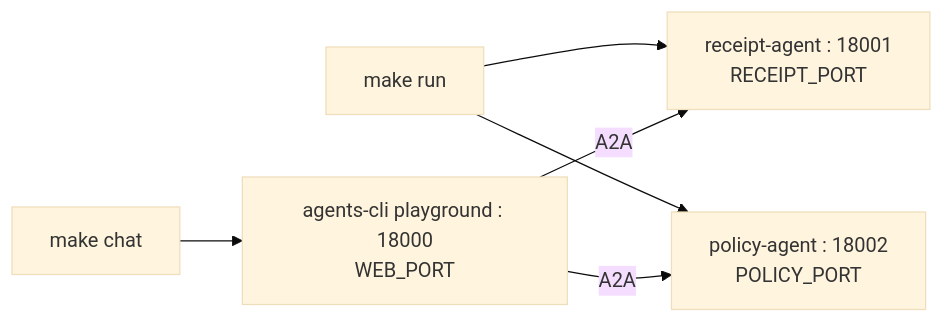
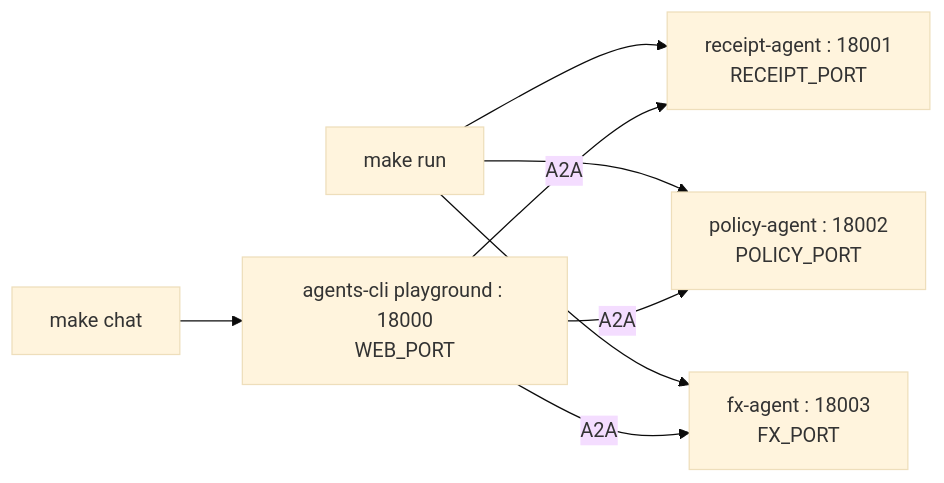
The second of 4 diagrams in README.md (shin5ok/adk-agent-governance-sample), drawn with Mermaid (base theme) before and after one commit. The commit also changed other lines of this file and 42 other files, not shown here.

First line of the commit message:
feat!: 別ランタイム（Cloud Run）の fx-agent を追加

````diff
--- a/README.md
+++ b/README.md
@@ -69,8 +96,10 @@
 ```mermaid
 flowchart LR
     C["make chat"] --> W["agents-cli playground : 18000<br/>WEB_PORT"]
     RUN["make run"] --> R["receipt-agent : 18001<br/>RECEIPT_PORT"]
     RUN --> P["policy-agent : 18002<br/>POLICY_PORT"]
+    RUN --> F["fx-agent : 18003<br/>FX_PORT"]
     W -->|"A2A"| R
     W -->|"A2A"| P
+    W -->|"A2A"| F
 ```
````
